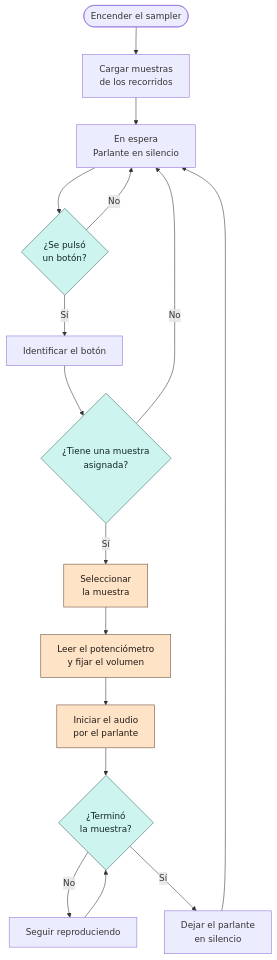
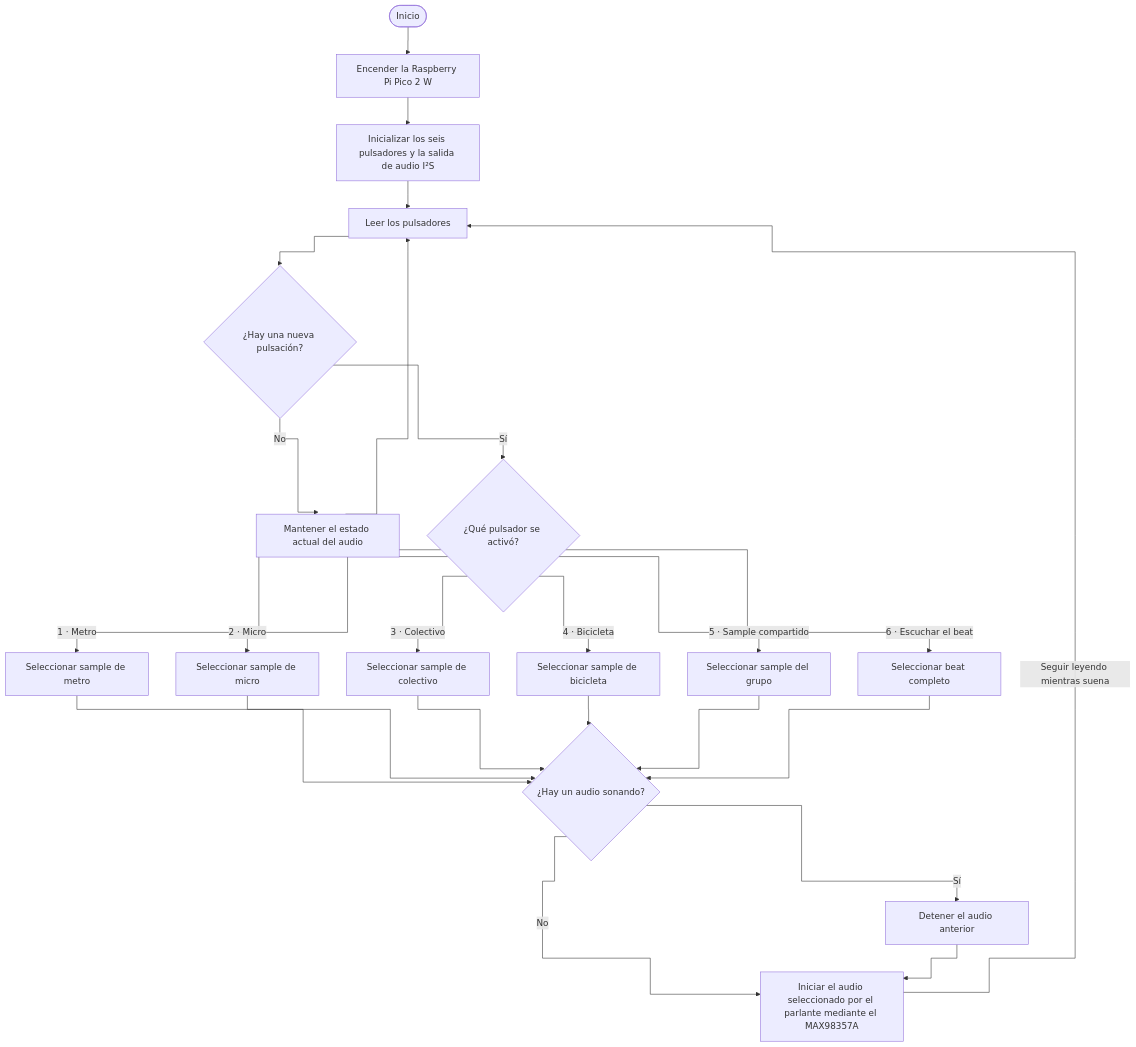
One commit to antoloch/dis8645-2026-2-procesos-2 changed the diagram in 05-santiagocifuvelez/sesion-13a/README.md. Above: the diagram before and after it, drawn with Mermaid. The commit also changed other lines of this file, not shown here.

First line of the commit message:
Revise README with BOM and flowchart updates

````diff
--- a/05-santiagocifuvelez/sesion-13a/README.md
+++ b/05-santiagocifuvelez/sesion-13a/README.md
@@ -119,28 +16,35 @@
 ```mermaid
+---
+config:
+  flowchart:
+    curve: step
+---
 flowchart TD
-    Inicio(["Encender el sampler"])
-    Inicio --> Cargar["Cargar muestras<br/>de los recorridos"]
-    Cargar --> Espera["En espera<br/>Parlante en silencio"]
+    Inicio(["Inicio"]) --> Encender["Encender la Raspberry Pi Pico 2 W"]
+    Encender --> Preparar["Inicializar los seis pulsadores y la salida de audio I²S"]
+    Preparar --> Leer["Leer los pulsadores"]
+    Leer --> Detectar{"¿Hay una nueva pulsación?"}
 
-    Espera --> Pulsado{"¿Se pulsó<br/>un botón?"}
-    Pulsado -->|No| Espera
-    Pulsado -->|Sí| Identificar["Identificar el botón"]
+    Detectar -->|No| SinPulsacion["Mantener el estado actual del audio"]
+    SinPulsacion --> Leer
+    Detectar -->|Sí| Identificar{"¿Qué pulsador se activó?"}
 
-    Identificar --> Asignado{"¿Tiene una muestra<br/>asignada?"}
-    Asignado -->|No| Espera
-    Asignado -->|Sí| Seleccionar["Seleccionar<br/>la muestra"]
+    Identificar -->|1 · Metro| Metro["Seleccionar sample de metro"]
+    Identificar -->|2 · Micro| Micro["Seleccionar sample de micro"]
+    Identificar -->|3 · Colectivo| Colectivo["Seleccionar sample de colectivo"]
+    Identificar -->|4 · Bicicleta| Bici["Seleccionar sample de bicicleta"]
+    Identificar -->|5 · Sample compartido| Compartido["Seleccionar sample del grupo"]
+    Identificar -->|6 · Escuchar el beat| Beat["Seleccionar beat completo"]
 
-    Seleccionar --> Volumen["Leer el potenciómetro<br/>y fijar el volumen"]
-    Volumen --> Sonar["Iniciar el audio<br/>por el parlante"]
+    Metro --> EnCurso{"¿Hay un audio sonando?"}
+    Micro --> EnCurso
+    Colectivo --> EnCurso
+    Bici --> EnCurso
+    Compartido --> EnCurso
+    Beat --> EnCurso
 
-    Sonar --> Fin{"¿Terminó<br/>la muestra?"}
-    Fin -->|No| Continuar["Seguir reproduciendo"]
-    Continuar --> Fin
-    Fin -->|Sí| Silencio["Dejar el parlante<br/>en silencio"]
-    Silencio --> Espera
-
-    classDef decision fill:#cdf4ef,stroke:#376862,color:#112624
-    classDef accion fill:#ffe3c7,stroke:#684a36,color:#211a15
-    class Pulsado,Asignado,Fin decision
-    class Seleccionar,Volumen,Sonar accion
+    EnCurso -->|Sí| Detener["Detener el audio anterior"]
+    EnCurso -->|No| Reproducir["Iniciar el audio seleccionado por el parlante mediante el MAX98357A"]
+    Detener --> Reproducir
+    Reproducir -->|Seguir leyendo mientras suena| Leer
 ```
````
